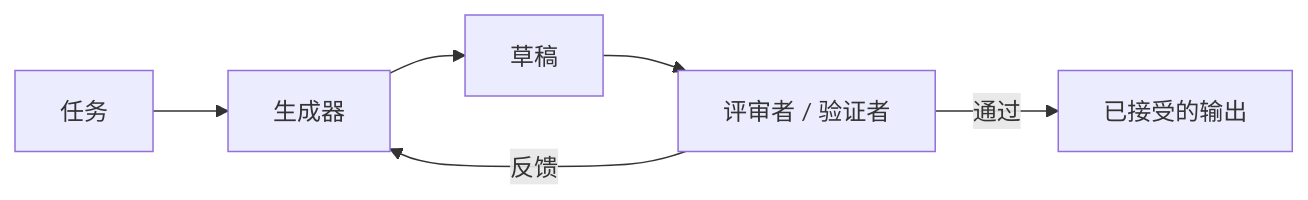
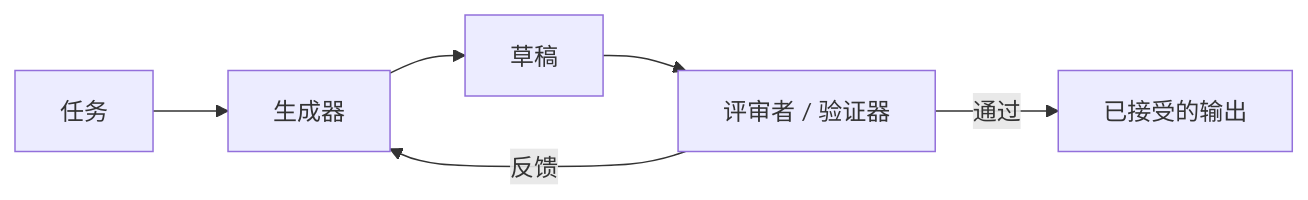
The diagram in content/wiki/patterns/generator-critic.md (riba2534/multi-agent-wiki-cn), drawn with Mermaid before and after one commit. The commit also changed other lines of this file and 41 other files, not shown here.

First line of the commit message:
docs: 全面质量改进 - 术语统一、Mermaid规范化、间距修复

````diff
--- a/content/wiki/patterns/generator-critic.md
+++ b/content/wiki/patterns/generator-critic.md
@@ -16,8 +16,8 @@
 ```mermaid
 flowchart LR
-  T[任务] --> G[生成器]
-  G --> O[草稿]
-  O --> C[评审者 / 验证者]
-  C -->|反馈| G
-  C -->|通过| R[已接受的输出]
+  T["任务"] --> G["生成器"]
+  G --> O["草稿"]
+  O --> C["评审者 / 验证器"]
+  C -->|"反馈"| G
+  C -->|"通过"| R["已接受的输出"]
 ```
````
